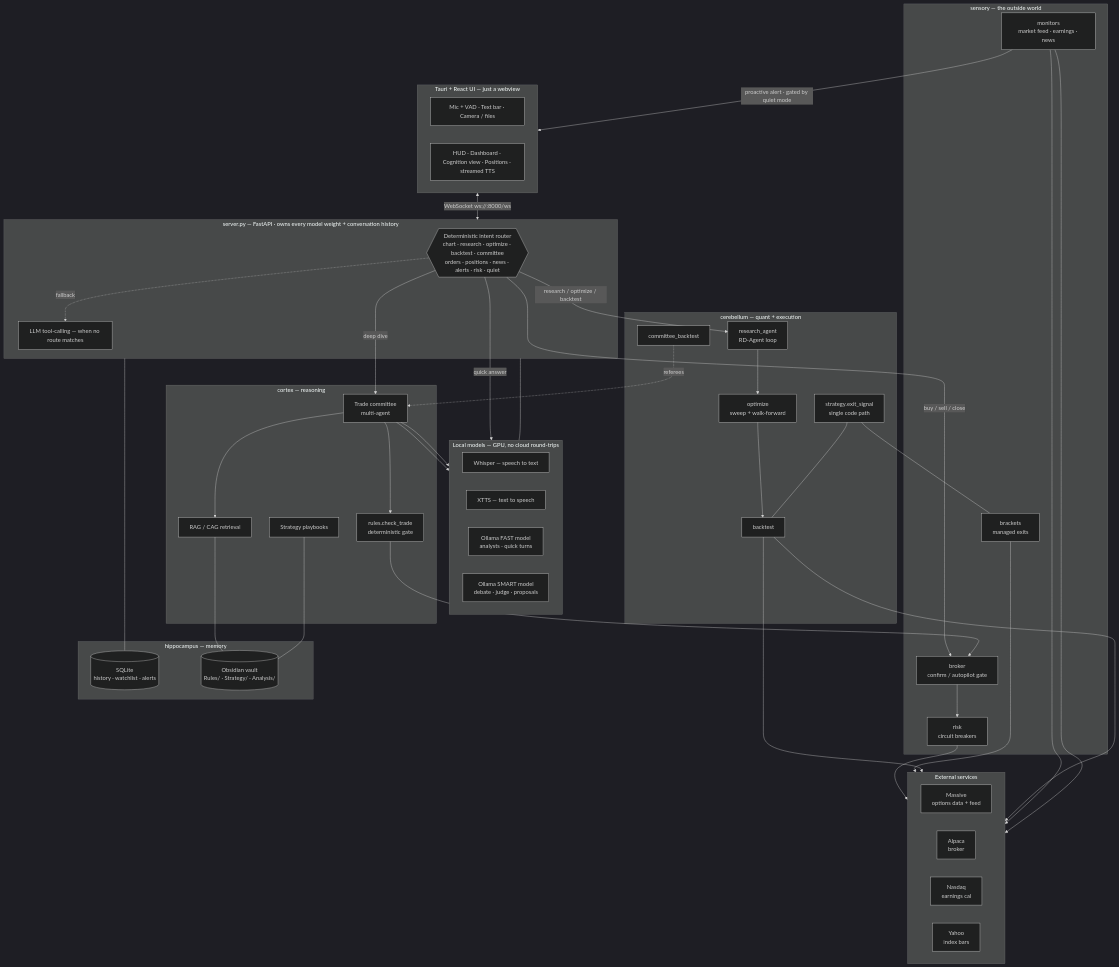
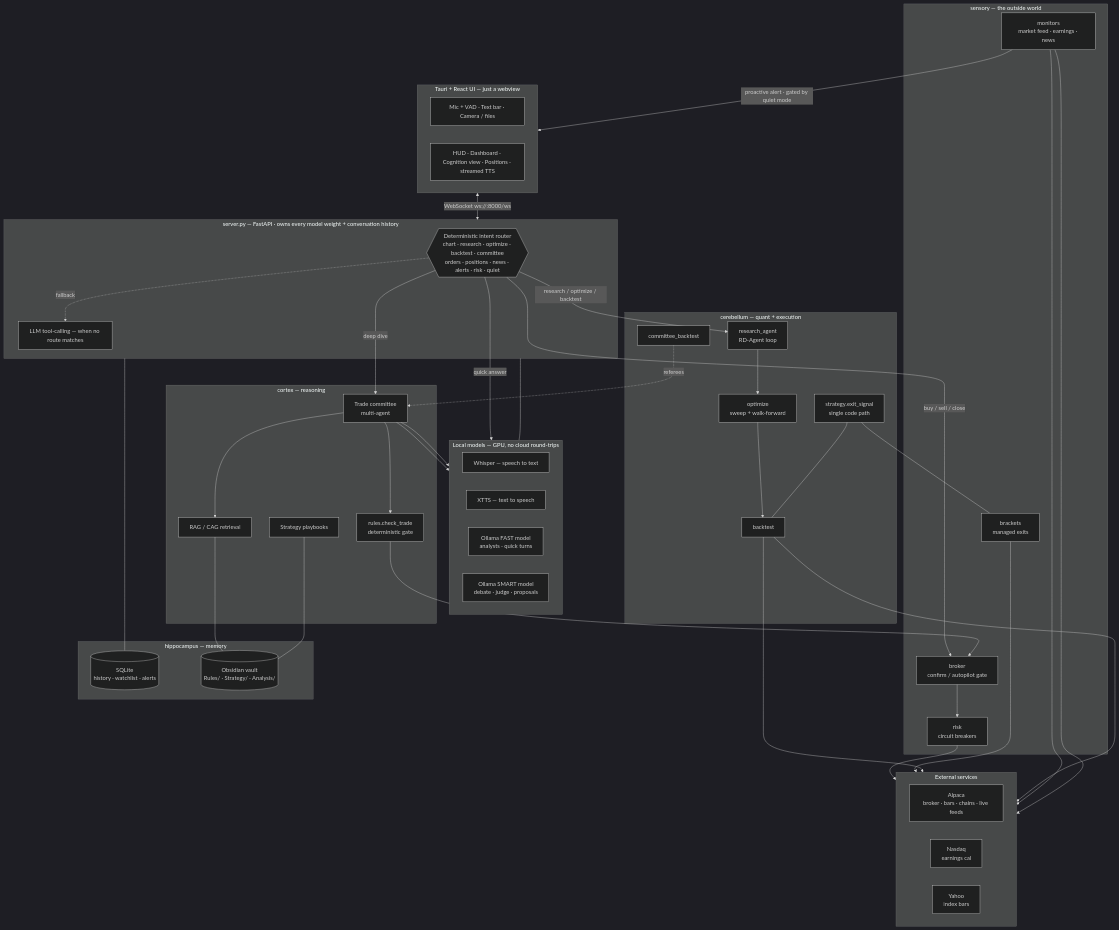
The first of 3 diagrams in README.md (jefferyvincent/hal), drawn with Mermaid (dark theme) before and after one commit. The commit also changed other lines of this file and 22 other files, not shown here.

Commit message:
Lots of changes to rules and data feeds.

```diff
--- a/README.md
+++ b/README.md
@@ -88,8 +88,7 @@
 
   subgraph EXT["External services"]
     direction LR
-    MASSIVE["Massive<br/>options data + feed"]
-    ALPACA["Alpaca<br/>broker"]
+    ALPACA["Alpaca<br/>broker · bars · chains · live feeds"]
     NASDAQ["Nasdaq<br/>earnings cal"]
     YAHOO["Yahoo<br/>index bars"]
   end
@@ -111,9 +110,9 @@
   EXIT --- BRACK
   EXIT --- BT
 
-  BT --> MASSIVE
+  BT --> ALPACA
   BT --> YAHOO
-  MON --> MASSIVE
+  MON --> ALPACA
   MON --> NASDAQ
   MON -->|"proactive alert · gated by quiet mode"| CLIENT
 
```
